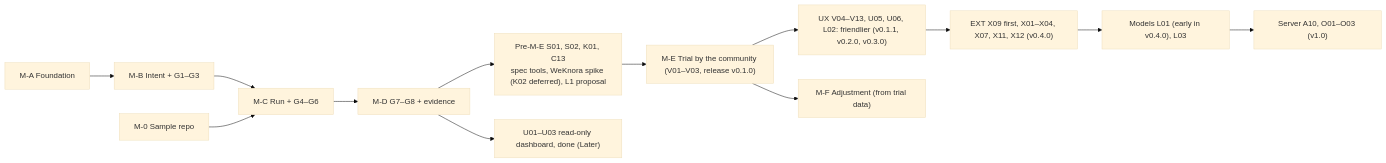
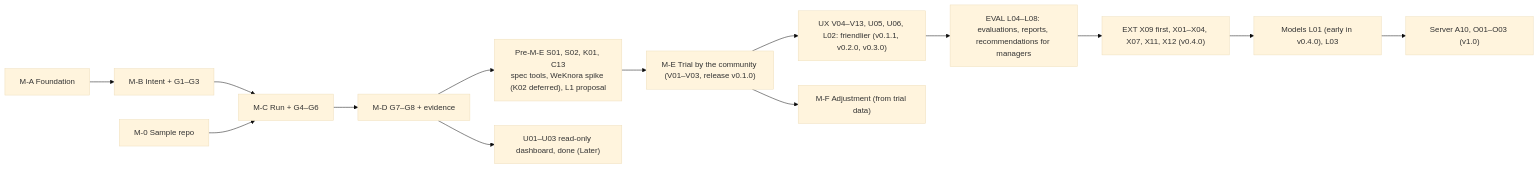
One commit to hoanghainh1188/agentic-sdlc-framework changed the diagram in design/D-08-mvp-backlog.md. Above: the diagram before and after it, drawn with Mermaid (base theme). The commit also changed other lines of this file and 6 other files, not shown here.

First line of the commit message:
docs: milestone EVAL, evaluations for managers L04-L08 (QUESTIONS #450) (#340)

````diff
--- a/design/D-08-mvp-backlog.md
+++ b/design/D-08-mvp-backlog.md
@@ -56,15 +57,16 @@
 ```mermaid
 flowchart LR
     MA["M-A Foundation"] --> MB["M-B Intent + G1–G3"]
     MB --> MC["M-C Run + G4–G6"]
     M0["M-0 Sample repo"] --> MC
     MC --> MD["M-D G7–G8 + evidence"]
     MD --> MP["Pre-M-E S01, S02, K01, C13<br/>spec tools, WeKnora spike (K02 deferred), L1 proposal"]
     MP --> ME["M-E Trial by the community (V01–V03, release v0.1.0)"]
     ME --> UX["UX V04–V13, U05, U06, L02: friendlier (v0.1.1, v0.2.0, v0.3.0)"]
-    UX --> EXT["EXT X09 first, X01–X04, X07, X11, X12 (v0.4.0)"]
+    UX --> EV["EVAL L04–L08: evaluations, reports, recommendations for managers"]
+    EV --> EXT["EXT X09 first, X01–X04, X07, X11, X12 (v0.4.0)"]
     EXT --> MO["Models L01 (early in v0.4.0), L03"]
     MO --> SV["Server A10, O01–O03 (v1.0)"]
     ME --> MF["M-F Adjustment (from trial data)"]
     MD --> MU["U01–U03 read-only dashboard, done (Later)"]
 ```
````
